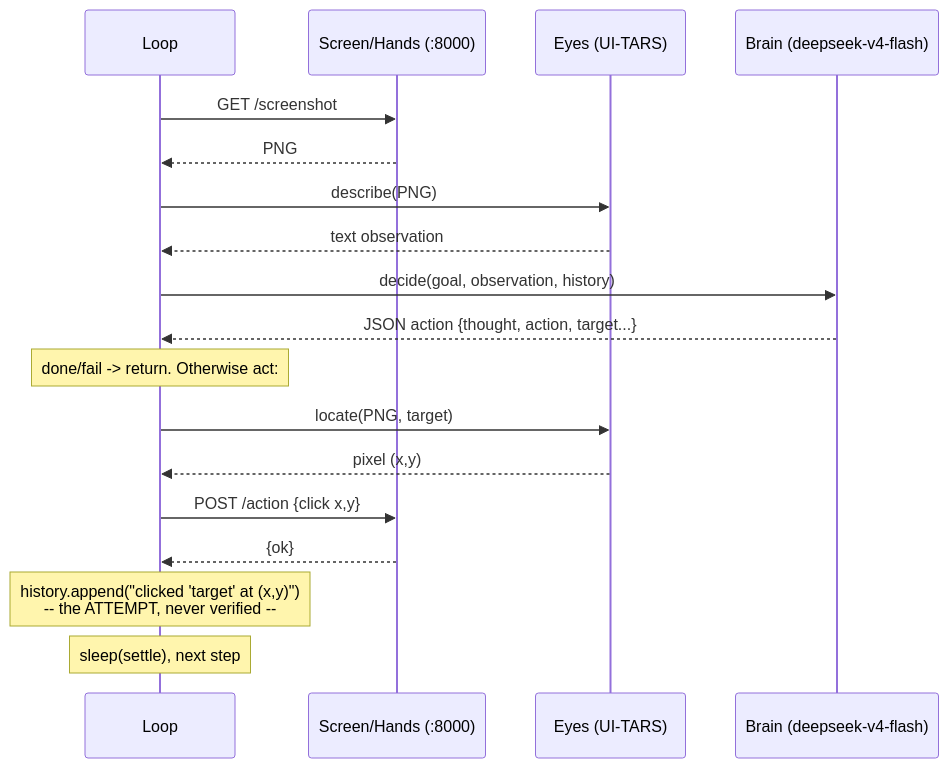
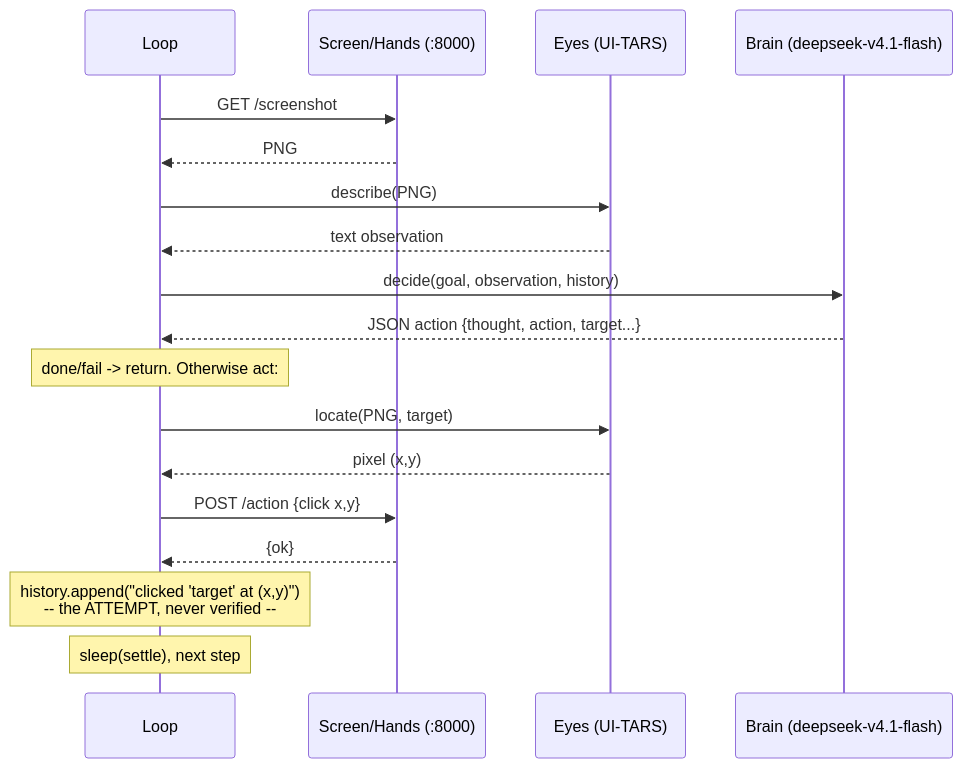
One commit to alvseek/BRYES changed the second of 5 diagrams in docs/agent-loop-flow.md. Above: the diagram before and after it, drawn with Mermaid. The commit also changed other lines of this file and 5 other files, not shown here.

First line of the commit message:
feat(brain): default to deepseek-v4.1-flash, verified under forced tool-calling

````diff
--- a/docs/agent-loop-flow.md
+++ b/docs/agent-loop-flow.md
@@ -103,21 +103,21 @@
 ```mermaid
 sequenceDiagram
     participant L as Loop
     participant S as Screen/Hands (:8000)
     participant E as Eyes (UI-TARS)
-    participant B as Brain (deepseek-v4-flash)
+    participant B as Brain (deepseek-v4.1-flash)
 
     L->>S: GET /screenshot
     S-->>L: PNG
     L->>E: describe(PNG)
     E-->>L: text observation
     L->>B: decide(goal, observation, history)
     B-->>L: JSON action {thought, action, target...}
     Note over L: done/fail -> return. Otherwise act:
     L->>E: locate(PNG, target)
     E-->>L: pixel (x,y)
     L->>S: POST /action {click x,y}
     S-->>L: {ok}
     Note over L: history.append("clicked 'target' at (x,y)")<br/>-- the ATTEMPT, never verified --
     Note over L: sleep(settle), next step
 ```
````
